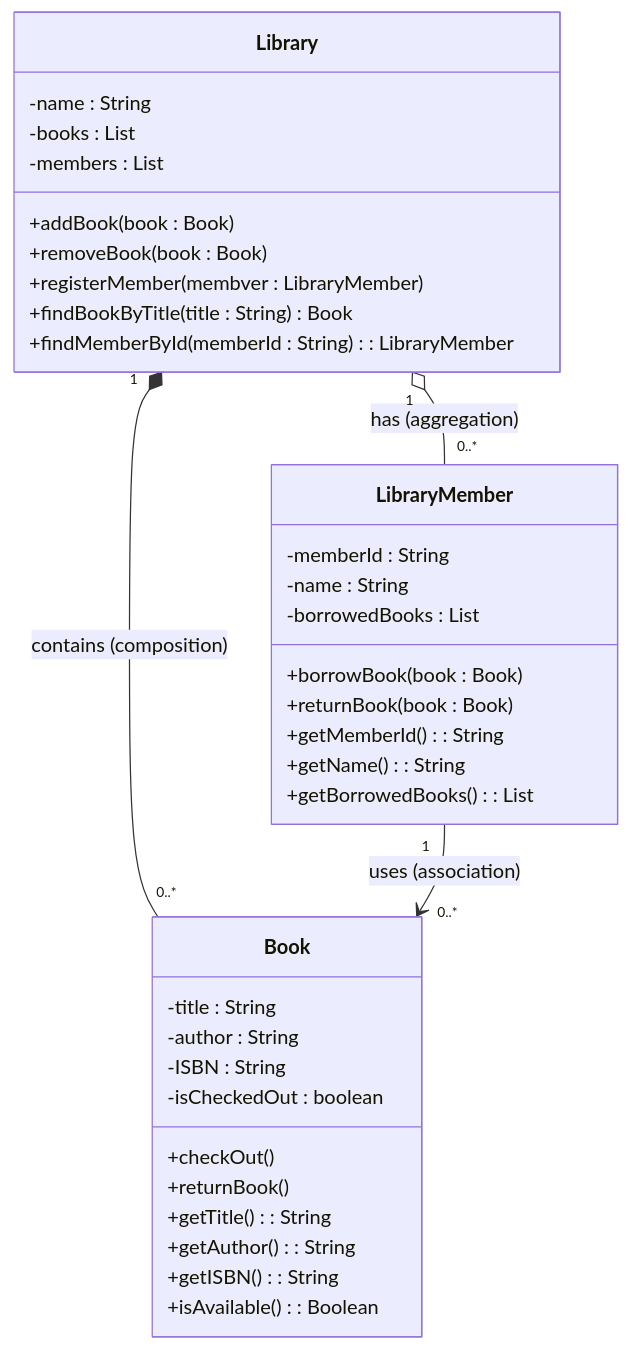
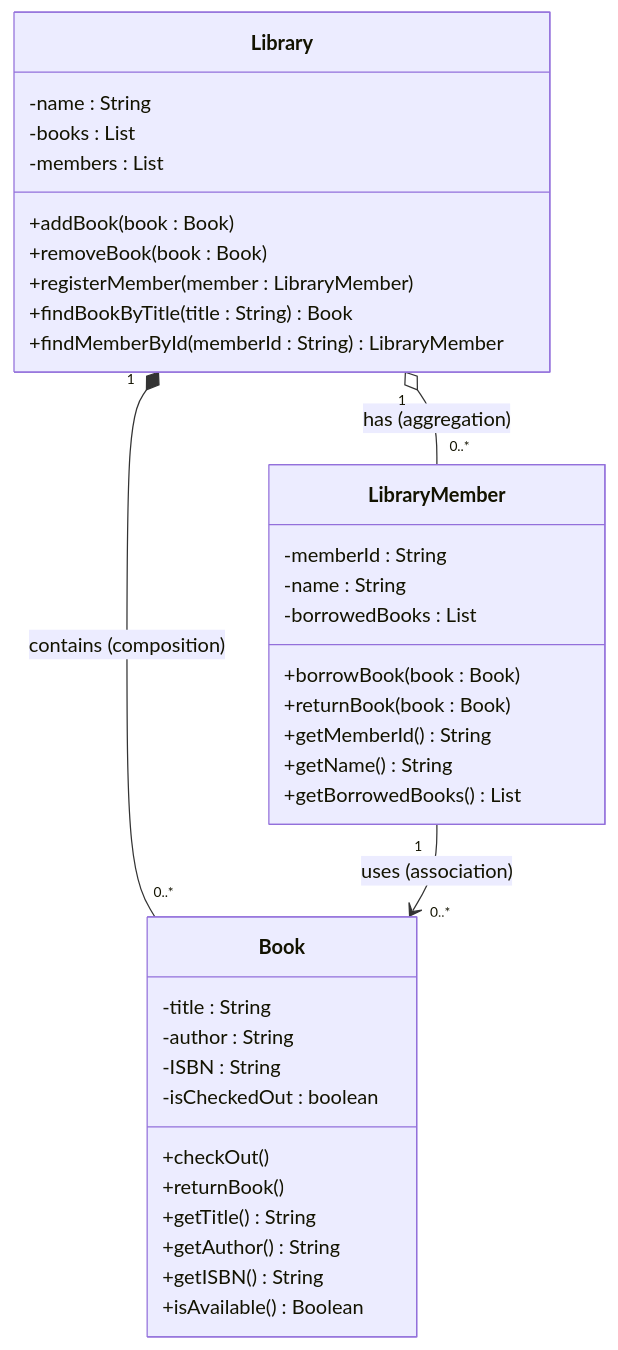
Before and after one commit to ProfBird/CS246-CourseMaterials: the diagram in LectureNotes/CS246LN-W04-D1-OopDesignReview+UML.md, drawn with Mermaid. The commit also changed other lines of this file and 1 other file, not shown here.

Commit message:
Fixed more mermaid problems caused by AI

````diff
--- a/LectureNotes/CS246LN-W04-D1-OopDesignReview+UML.md
+++ b/LectureNotes/CS246LN-W04-D1-OopDesignReview+UML.md
@@ -104,42 +104,42 @@
 ```mermaid
 classDiagram
     class Book {
         -title : String
         -author : String
         -ISBN : String
         -isCheckedOut : boolean
         +checkOut()
         +returnBook()
-        +getTitle() : String
-        +getAuthor() : String
-        +getISBN() : String
-        +isAvailable() : Boolean
+        +getTitle() String
+        +getAuthor() String
+        +getISBN() String
+        +isAvailable() Boolean
     }
 
     class LibraryMember {
         -memberId : String
         -name : String
         -borrowedBooks : List<Book>
         +borrowBook(book : Book)
         +returnBook(book : Book)
-        +getMemberId() : String
-        +getName() : String
-        +getBorrowedBooks() : List<Book>
+        +getMemberId() String
+        +getName() String
+        +getBorrowedBooks() List<Book>
     }
 
     class Library {
         -name : String
         -books : List<Book>
         -members : List<LibraryMember>
         +addBook(book : Book)
         +removeBook(book : Book)
-        +registerMember(membver : LibraryMember)
+        +registerMember(member : LibraryMember)
         +findBookByTitle(title : String) Book
-        +findMemberById(memberId : String) : LibraryMember
+        +findMemberById(memberId : String) LibraryMember
     }
 
     Library "1" *-- "0..*" Book : contains (composition)
     Library "1" o-- "0..*" LibraryMember : has (aggregation)
     LibraryMember "1" --> "0..*" Book : uses (association)
     
 ```
````
